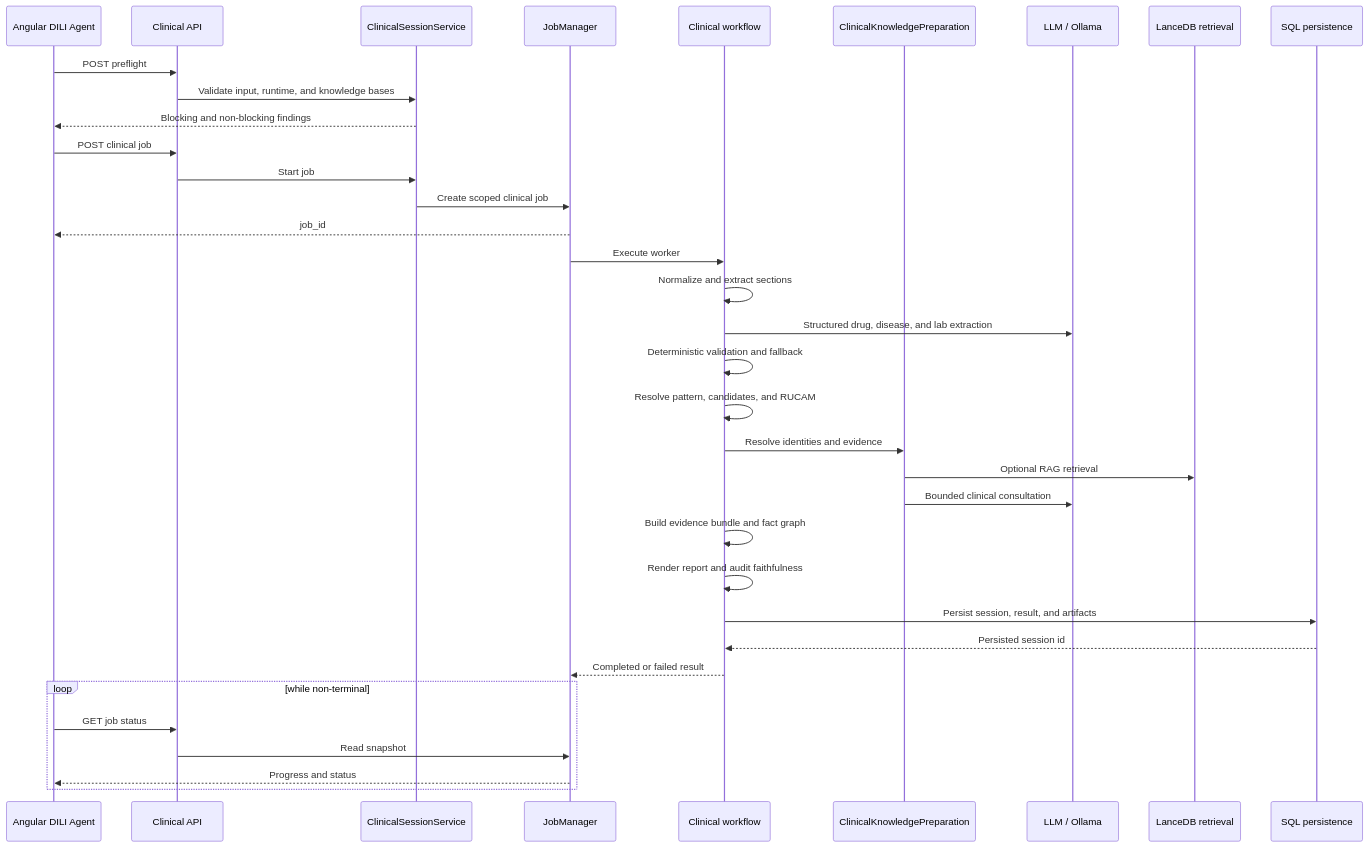
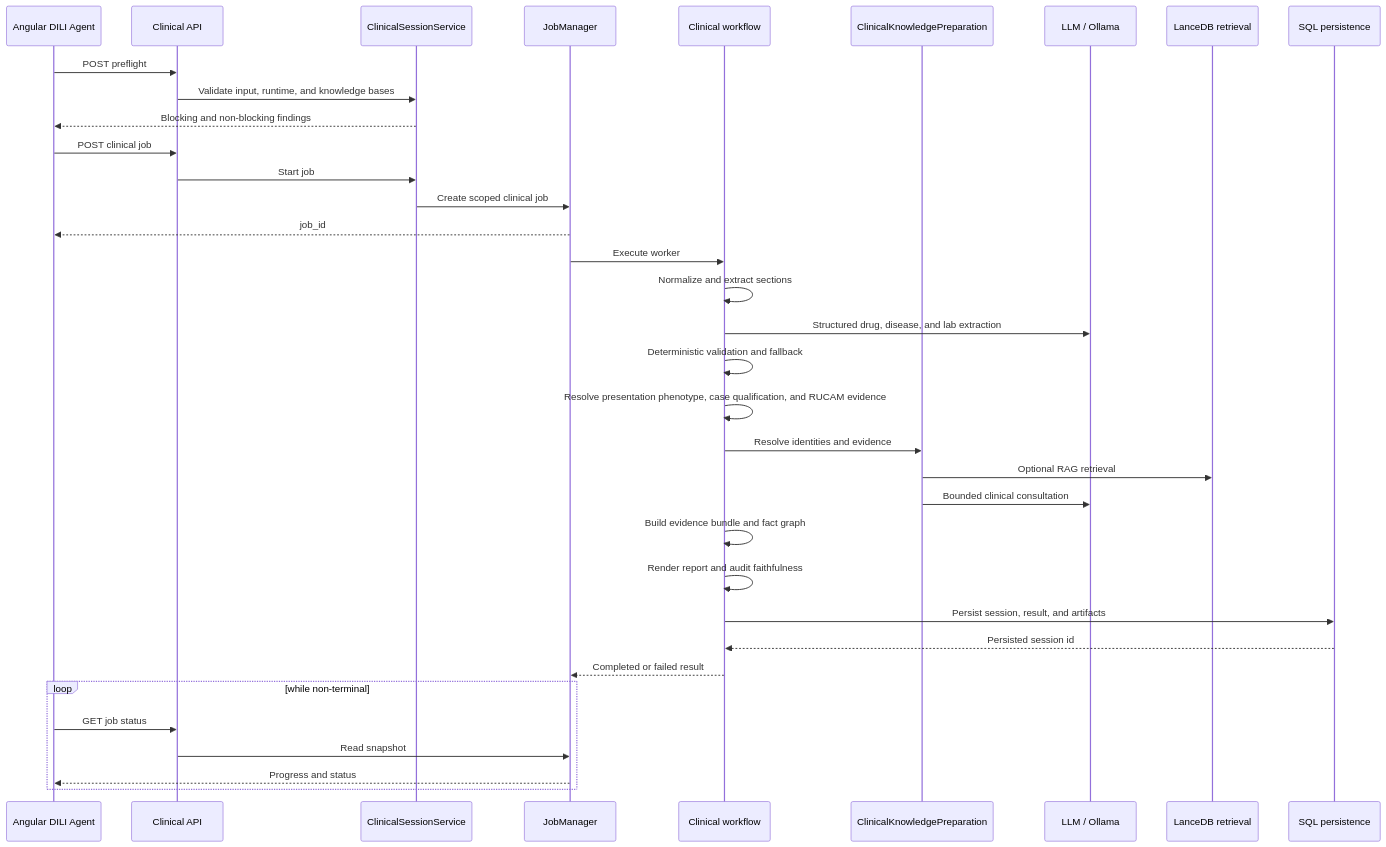
One commit to CTCycle/DILIGENT-Clinical-Copilot changed the diagram in assets/docs/architecture/dili_assessment_pipeline.md. Above: the diagram before and after it, drawn with Mermaid. The commit also changed other lines of this file, not shown here.

````diff
--- a/assets/docs/architecture/dili_assessment_pipeline.md
+++ b/assets/docs/architecture/dili_assessment_pipeline.md
@@ -17,38 +17,38 @@
 ```mermaid
 sequenceDiagram
     participant UI as Angular DILI Agent
     participant API as Clinical API
     participant S as ClinicalSessionService
     participant J as JobManager
     participant W as Clinical workflow
     participant K as ClinicalKnowledgePreparation
     participant L as LLM / Ollama
     participant R as LanceDB retrieval
     participant DB as SQL persistence
 
     UI->>API: POST preflight
     API->>S: Validate input, runtime, and knowledge bases
     S-->>UI: Blocking and non-blocking findings
     UI->>API: POST clinical job
     API->>S: Start job
     S->>J: Create scoped clinical job
     J-->>UI: job_id
     J->>W: Execute worker
     W->>W: Normalize and extract sections
     W->>L: Structured drug, disease, and lab extraction
     W->>W: Deterministic validation and fallback
-    W->>W: Resolve pattern, candidates, and RUCAM
+    W->>W: Resolve presentation phenotype, case qualification, and RUCAM evidence
     W->>K: Resolve identities and evidence
     K->>R: Optional RAG retrieval
     K->>L: Bounded clinical consultation
     W->>W: Build evidence bundle and fact graph
     W->>W: Render report and audit faithfulness
     W->>DB: Persist session, result, and artifacts
     DB-->>W: Persisted session id
     W-->>J: Completed or failed result
     loop while non-terminal
         UI->>API: GET job status
         API->>J: Read snapshot
         J-->>UI: Progress and status
     end
 ```
````
